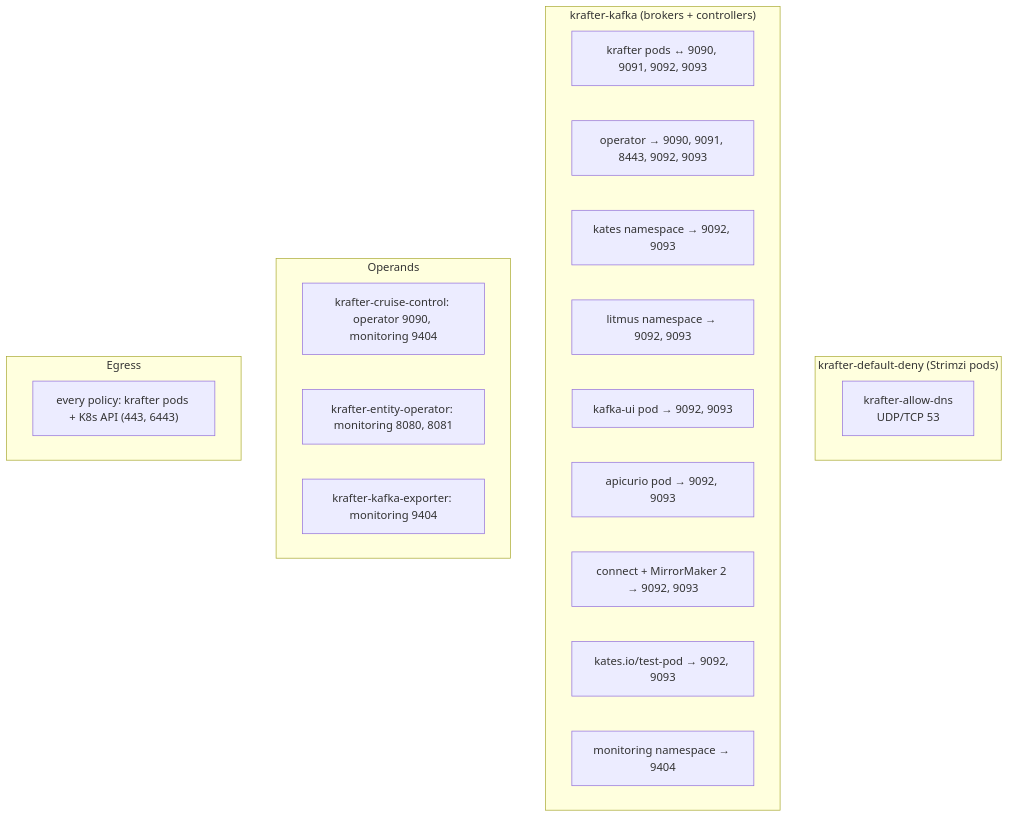
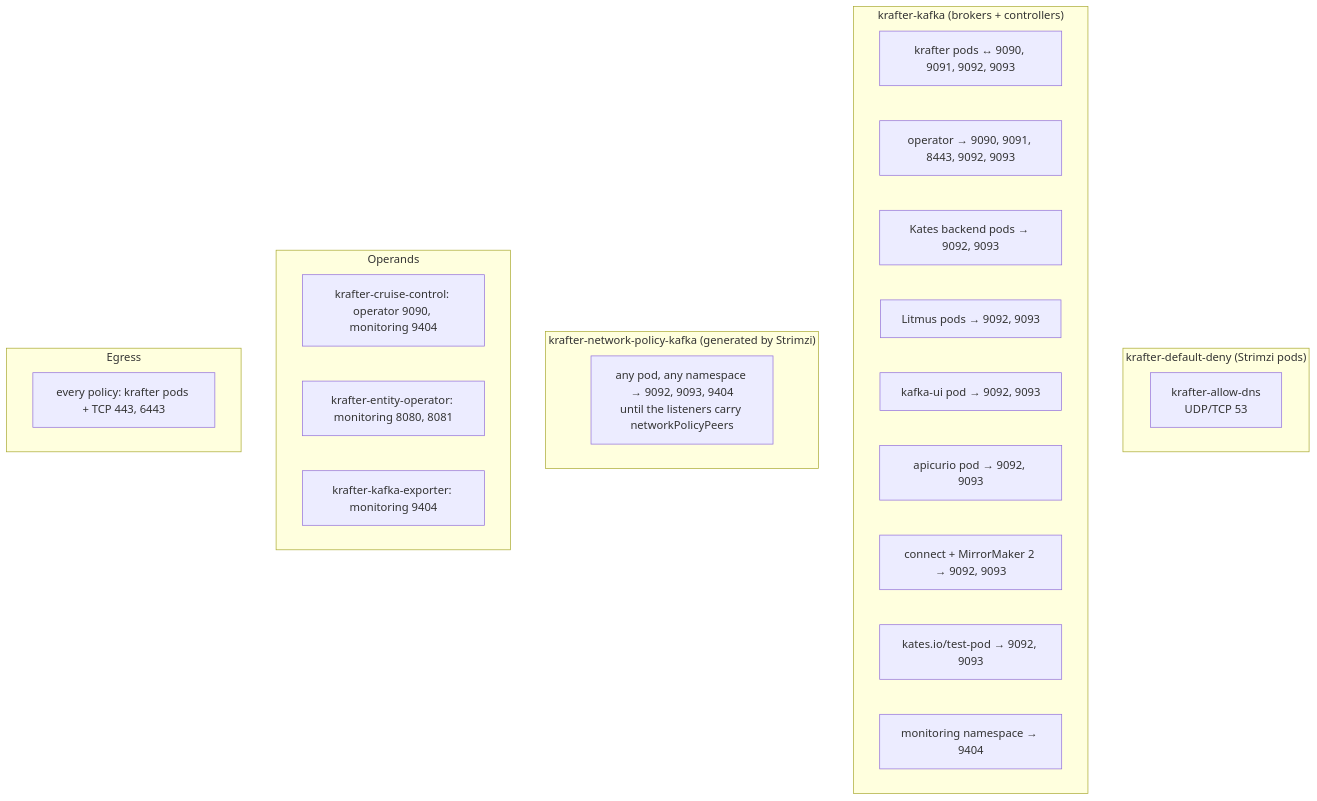
Before and after one commit to actions-marketplace-validations/bmscomp_kates: the fifth of 6 diagrams in docs/book/17-security.md, drawn with Mermaid. The commit also changed other lines of this file and 7 other files, not shown here.

````diff
--- a/docs/book/17-security.md
+++ b/docs/book/17-security.md
@@ -379,28 +519,32 @@
 ```mermaid
 graph TD
     subgraph Default["krafter-default-deny (Strimzi pods)"]
         DNS["krafter-allow-dns<br/>UDP/TCP 53"]
     end
 
     subgraph Kafka["krafter-kafka (brokers + controllers)"]
         B0["krafter pods ↔ 9090, 9091, 9092, 9093"]
         B1["operator → 9090, 9091, 8443, 9092, 9093"]
-        B2["kates namespace → 9092, 9093"]
-        B3["litmus namespace → 9092, 9093"]
+        B2["Kates backend pods → 9092, 9093"]
+        B3["Litmus pods → 9092, 9093"]
         B4["kafka-ui pod → 9092, 9093"]
         B5["apicurio pod → 9092, 9093"]
         B6["connect + MirrorMaker 2 → 9092, 9093"]
         B7["kates.io/test-pod → 9092, 9093"]
         B8["monitoring namespace → 9404"]
+    end
+
+    subgraph Generated["krafter-network-policy-kafka (generated by Strimzi)"]
+        G1["any pod, any namespace → 9092, 9093, 9404<br/>until the listeners carry networkPolicyPeers"]
     end
 
     subgraph Operands
         O1["krafter-cruise-control: operator 9090, monitoring 9404"]
         O2["krafter-entity-operator: monitoring 8080, 8081"]
         O3["krafter-kafka-exporter: monitoring 9404"]
     end
 
     subgraph Egress
-        E1["every policy: krafter pods + K8s API (443, 6443)"]
+        E1["every policy: krafter pods + TCP 443, 6443"]
     end
 ```
````
